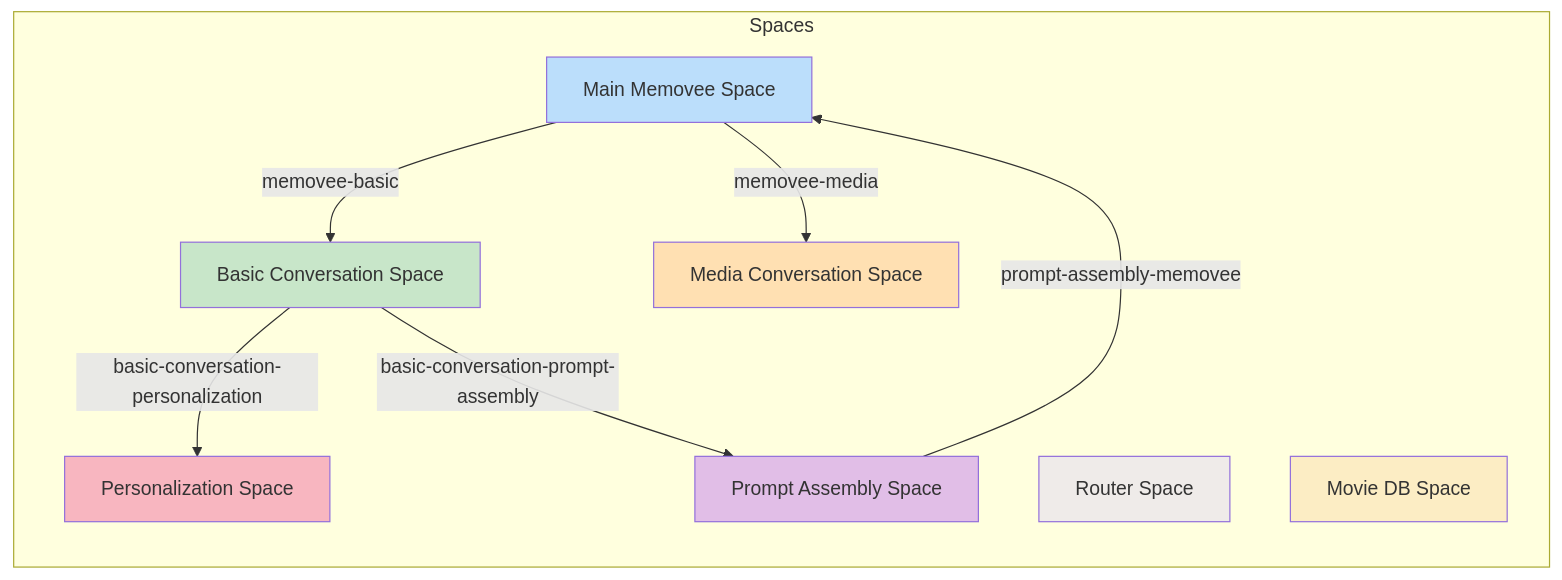
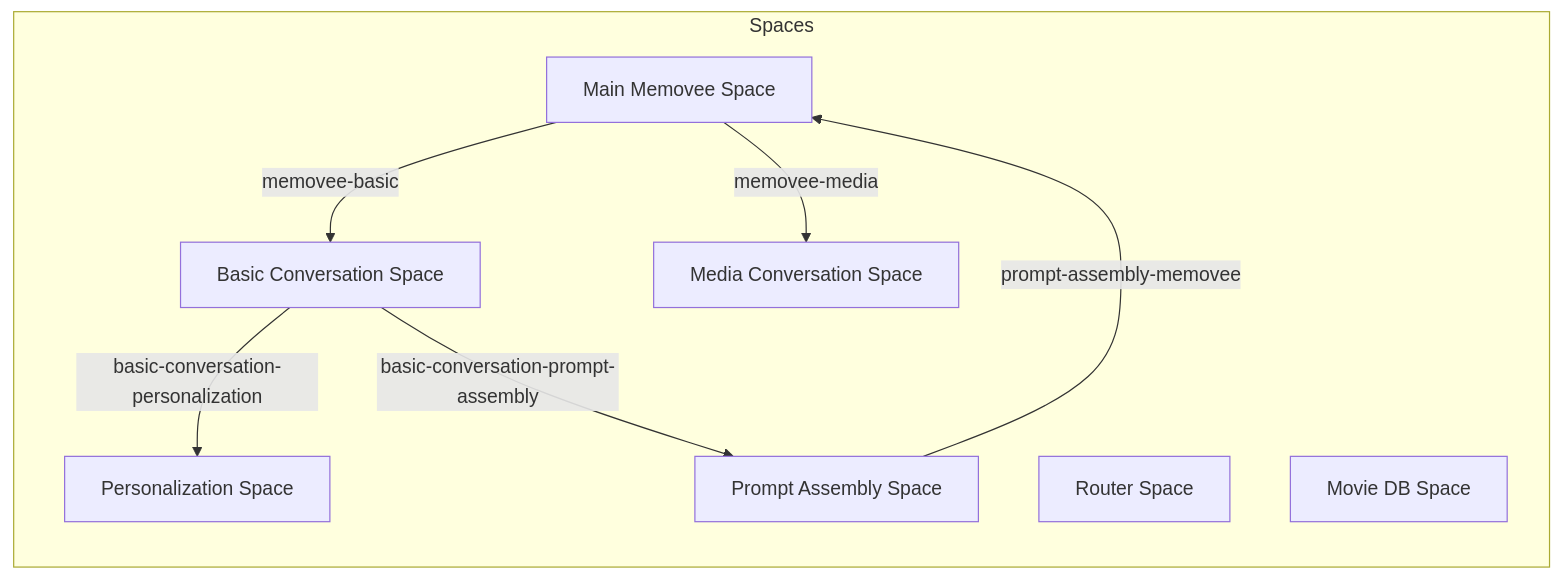
One commit to upmaru/memovee-tama changed the diagram in README.md. Above: the diagram before and after it, drawn with Mermaid.

````diff
--- a/README.md
+++ b/README.md
@@ -58,28 +58,26 @@
 ```mermaid
 graph LR
     subgraph Spaces
         A[Main Memovee Space] 
         B[Basic Conversation Space]
         C[Media Conversation Space]
         D[Personalization Space]
         E[Prompt Assembly Space]
         F[Router Space]
         G[Movie DB Space]
     end
     
     A -- "memovee-basic" --> B
     A -- "memovee-media" --> C
     B -- "basic-conversation-personalization" --> D
     B -- "basic-conversation-prompt-assembly" --> E
     E -- "prompt-assembly-memovee" --> A
     
-    style A fill:#bbdefb
-    style B fill:#c8e6c9
-    style C fill:#ffe0b2
-    style D fill:#f8b6c0
-    style E fill:#e1bee7
-    style F fill:#d7ccc8
-    style G fill:#ffd599
-    style F fill:#efebe9
-    style G fill:#fcedc4
+    style A fill:#bbdefb stroke:#333
+    style B fill:#c8e6c9 stroke:#333
+    style C fill:#ffe0b2 stroke:#333
+    style D fill:#f8b6c0 stroke:#333
+    style E fill:#e1bee7 stroke:#333
+    style F fill:#d7ccc8 stroke:#333
+    style G fill:#ffd599 stroke:#333
 ```
````
